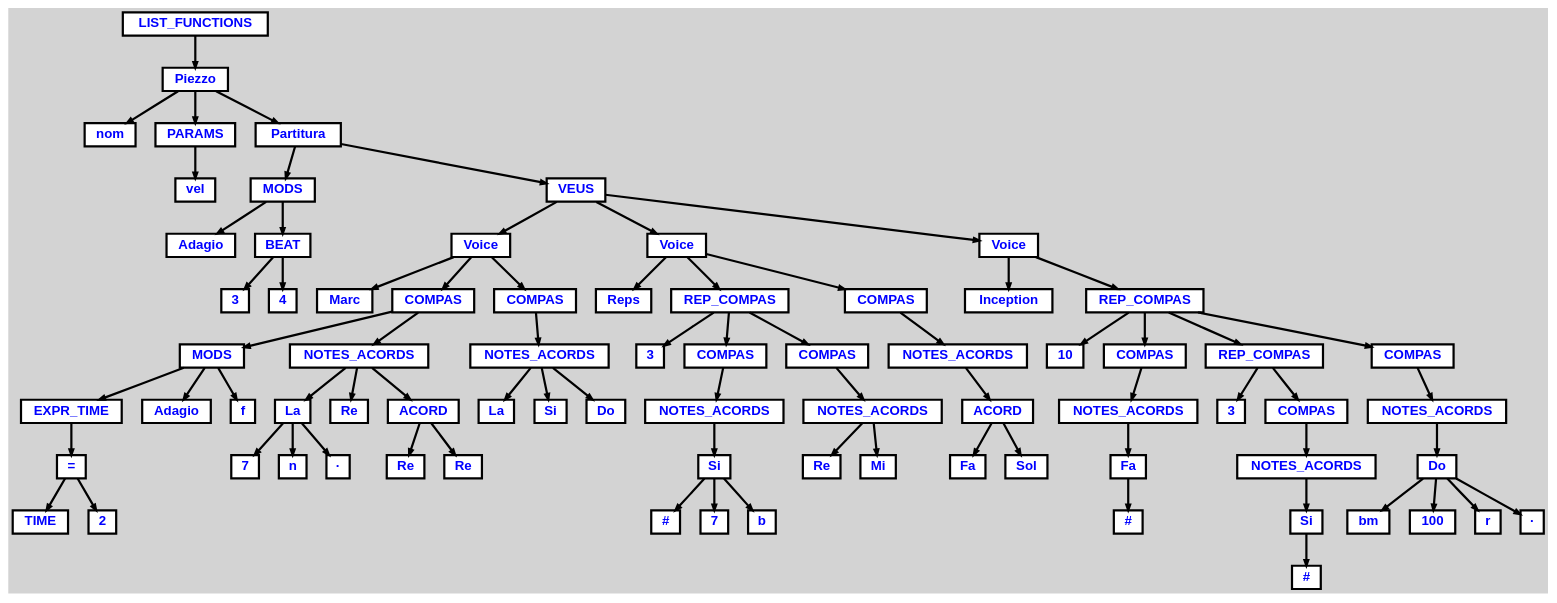
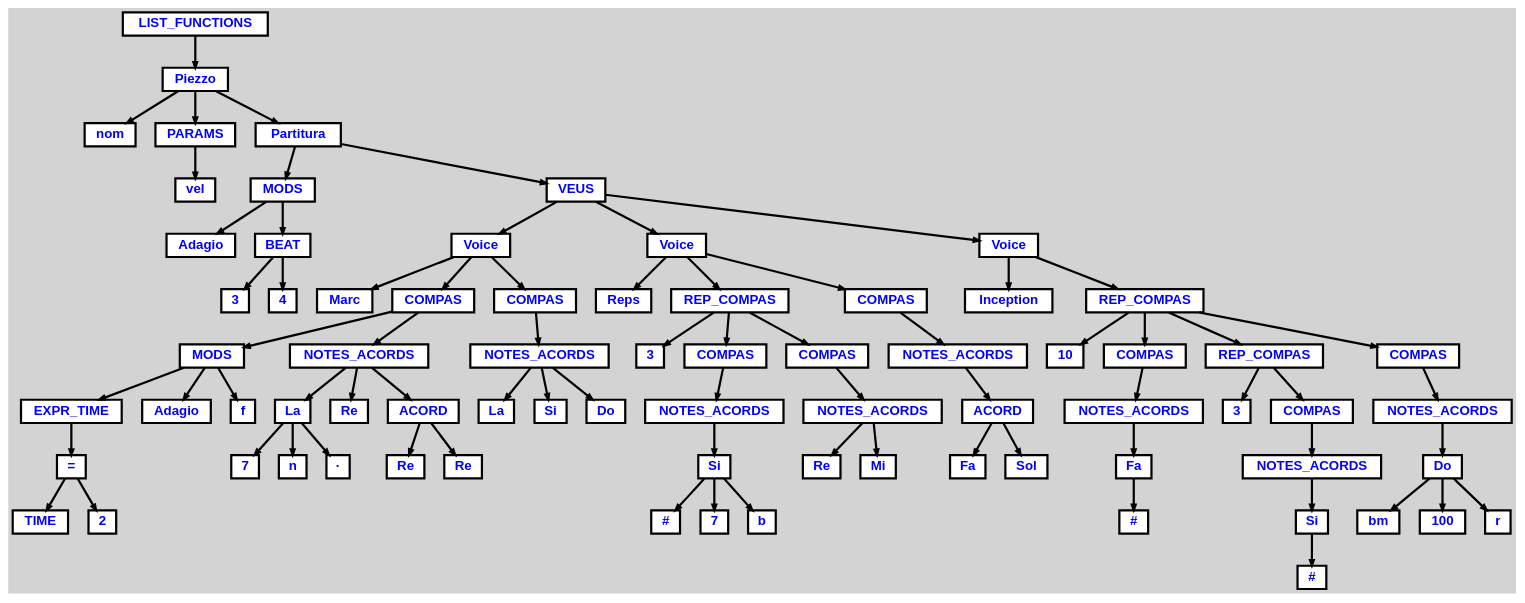
One commit to marcbenedi/MusicLanguage changed the diagram in test1.dot. Above: the diagram before and after it, drawn with Graphviz. The commit also changed 2 other files, not shown here.

```diff
--- a/test1.dot
+++ b/test1.dot
@@ -1,200 +1,198 @@
 digraph {
 
 	ordering=out;
 	ranksep=.4;
 	bgcolor="lightgrey"; node [shape=box, fixedsize=false, fontsize=12, fontname="Helvetica-bold", fontcolor="blue"
 		width=.25, height=.25, color="black", fillcolor="white", style="filled, solid, bold"];
 	edge [arrowsize=.5, color="black", style="bold"]
 
   n0 [label="LIST_FUNCTIONS"];
   n1 [label="Piezzo"];
   n1 [label="Piezzo"];
   n2 [label="nom"];
   n3 [label="PARAMS"];
   n3 [label="PARAMS"];
   n4 [label="vel"];
   n5 [label="Partitura"];
   n5 [label="Partitura"];
   n6 [label="MODS"];
   n6 [label="MODS"];
   n7 [label="Adagio"];
   n8 [label="BEAT"];
   n8 [label="BEAT"];
   n9 [label="3"];
   n10 [label="4"];
   n11 [label="VEUS"];
   n11 [label="VEUS"];
   n12 [label="Voice"];
   n12 [label="Voice"];
   n13 [label="Marc"];
   n14 [label="COMPAS"];
   n14 [label="COMPAS"];
   n15 [label="MODS"];
   n15 [label="MODS"];
   n16 [label="EXPR_TIME"];
   n16 [label="EXPR_TIME"];
   n17 [label="="];
   n17 [label="="];
   n18 [label="TIME"];
   n19 [label="2"];
   n20 [label="Adagio"];
   n21 [label="f"];
   n22 [label="NOTES_ACORDS"];
   n22 [label="NOTES_ACORDS"];
   n23 [label="La"];
   n23 [label="La"];
   n24 [label="7"];
   n25 [label="n"];
   n26 [label="·"];
   n27 [label="Re"];
   n28 [label="ACORD"];
   n28 [label="ACORD"];
   n29 [label="Re"];
   n30 [label="Re"];
   n31 [label="COMPAS"];
   n31 [label="COMPAS"];
   n32 [label="NOTES_ACORDS"];
   n32 [label="NOTES_ACORDS"];
   n33 [label="La"];
   n34 [label="Si"];
   n35 [label="Do"];
   n36 [label="Voice"];
   n36 [label="Voice"];
   n37 [label="Reps"];
   n38 [label="REP_COMPAS"];
   n38 [label="REP_COMPAS"];
   n39 [label="3"];
   n40 [label="COMPAS"];
   n40 [label="COMPAS"];
   n41 [label="NOTES_ACORDS"];
   n41 [label="NOTES_ACORDS"];
   n42 [label="Si"];
   n42 [label="Si"];
   n43 [label="#"];
   n44 [label="7"];
   n45 [label="b"];
   n46 [label="COMPAS"];
   n46 [label="COMPAS"];
   n47 [label="NOTES_ACORDS"];
   n47 [label="NOTES_ACORDS"];
   n48 [label="Re"];
   n49 [label="Mi"];
   n50 [label="COMPAS"];
   n50 [label="COMPAS"];
   n51 [label="NOTES_ACORDS"];
   n51 [label="NOTES_ACORDS"];
   n52 [label="ACORD"];
   n52 [label="ACORD"];
   n53 [label="Fa"];
   n54 [label="Sol"];
   n55 [label="Voice"];
   n55 [label="Voice"];
   n56 [label="Inception"];
   n57 [label="REP_COMPAS"];
   n57 [label="REP_COMPAS"];
   n58 [label="10"];
   n59 [label="COMPAS"];
   n59 [label="COMPAS"];
   n60 [label="NOTES_ACORDS"];
   n60 [label="NOTES_ACORDS"];
   n61 [label="Fa"];
   n61 [label="Fa"];
   n62 [label="#"];
   n63 [label="REP_COMPAS"];
   n63 [label="REP_COMPAS"];
   n64 [label="3"];
   n65 [label="COMPAS"];
   n65 [label="COMPAS"];
   n66 [label="NOTES_ACORDS"];
   n66 [label="NOTES_ACORDS"];
   n67 [label="Si"];
   n67 [label="Si"];
   n68 [label="#"];
   n69 [label="COMPAS"];
   n69 [label="COMPAS"];
   n70 [label="NOTES_ACORDS"];
   n70 [label="NOTES_ACORDS"];
   n71 [label="Do"];
   n71 [label="Do"];
   n72 [label="bm"];
   n73 [label="100"];
   n74 [label="r"];
-  n75 [label="·"];
 
   n0 -> n1 // "LIST_FUNCTIONS" -> "Piezzo"
   n1 -> n2 // "Piezzo" -> "nom"
   n1 -> n3 // "Piezzo" -> "PARAMS"
   n3 -> n4 // "PARAMS" -> "vel"
   n1 -> n5 // "Piezzo" -> "Partitura"
   n5 -> n6 // "Partitura" -> "MODS"
   n6 -> n7 // "MODS" -> "Adagio"
   n6 -> n8 // "MODS" -> "BEAT"
   n8 -> n9 // "BEAT" -> "3"
   n8 -> n10 // "BEAT" -> "4"
   n5 -> n11 // "Partitura" -> "VEUS"
   n11 -> n12 // "VEUS" -> "Voice"
   n12 -> n13 // "Voice" -> "Marc"
   n12 -> n14 // "Voice" -> "COMPAS"
   n14 -> n15 // "COMPAS" -> "MODS"
   n15 -> n16 // "MODS" -> "EXPR_TIME"
   n16 -> n17 // "EXPR_TIME" -> "="
   n17 -> n18 // "=" -> "TIME"
   n17 -> n19 // "=" -> "2"
   n15 -> n20 // "MODS" -> "Adagio"
   n15 -> n21 // "MODS" -> "f"
   n14 -> n22 // "COMPAS" -> "NOTES_ACORDS"
   n22 -> n23 // "NOTES_ACORDS" -> "La"
   n23 -> n24 // "La" -> "7"
   n23 -> n25 // "La" -> "n"
   n23 -> n26 // "La" -> "·"
   n22 -> n27 // "NOTES_ACORDS" -> "Re"
   n22 -> n28 // "NOTES_ACORDS" -> "ACORD"
   n28 -> n29 // "ACORD" -> "Re"
   n28 -> n30 // "ACORD" -> "Re"
   n12 -> n31 // "Voice" -> "COMPAS"
   n31 -> n32 // "COMPAS" -> "NOTES_ACORDS"
   n32 -> n33 // "NOTES_ACORDS" -> "La"
   n32 -> n34 // "NOTES_ACORDS" -> "Si"
   n32 -> n35 // "NOTES_ACORDS" -> "Do"
   n11 -> n36 // "VEUS" -> "Voice"
   n36 -> n37 // "Voice" -> "Reps"
   n36 -> n38 // "Voice" -> "REP_COMPAS"
   n38 -> n39 // "REP_COMPAS" -> "3"
   n38 -> n40 // "REP_COMPAS" -> "COMPAS"
   n40 -> n41 // "COMPAS" -> "NOTES_ACORDS"
   n41 -> n42 // "NOTES_ACORDS" -> "Si"
   n42 -> n43 // "Si" -> "#"
   n42 -> n44 // "Si" -> "7"
   n42 -> n45 // "Si" -> "b"
   n38 -> n46 // "REP_COMPAS" -> "COMPAS"
   n46 -> n47 // "COMPAS" -> "NOTES_ACORDS"
   n47 -> n48 // "NOTES_ACORDS" -> "Re"
   n47 -> n49 // "NOTES_ACORDS" -> "Mi"
   n36 -> n50 // "Voice" -> "COMPAS"
   n50 -> n51 // "COMPAS" -> "NOTES_ACORDS"
   n51 -> n52 // "NOTES_ACORDS" -> "ACORD"
   n52 -> n53 // "ACORD" -> "Fa"
   n52 -> n54 // "ACORD" -> "Sol"
   n11 -> n55 // "VEUS" -> "Voice"
   n55 -> n56 // "Voice" -> "Inception"
   n55 -> n57 // "Voice" -> "REP_COMPAS"
   n57 -> n58 // "REP_COMPAS" -> "10"
   n57 -> n59 // "REP_COMPAS" -> "COMPAS"
   n59 -> n60 // "COMPAS" -> "NOTES_ACORDS"
   n60 -> n61 // "NOTES_ACORDS" -> "Fa"
   n61 -> n62 // "Fa" -> "#"
   n57 -> n63 // "REP_COMPAS" -> "REP_COMPAS"
   n63 -> n64 // "REP_COMPAS" -> "3"
   n63 -> n65 // "REP_COMPAS" -> "COMPAS"
   n65 -> n66 // "COMPAS" -> "NOTES_ACORDS"
   n66 -> n67 // "NOTES_ACORDS" -> "Si"
   n67 -> n68 // "Si" -> "#"
   n57 -> n69 // "REP_COMPAS" -> "COMPAS"
   n69 -> n70 // "COMPAS" -> "NOTES_ACORDS"
   n70 -> n71 // "NOTES_ACORDS" -> "Do"
   n71 -> n72 // "Do" -> "bm"
   n71 -> n73 // "Do" -> "100"
   n71 -> n74 // "Do" -> "r"
-  n71 -> n75 // "Do" -> "·"
 
 }
```
